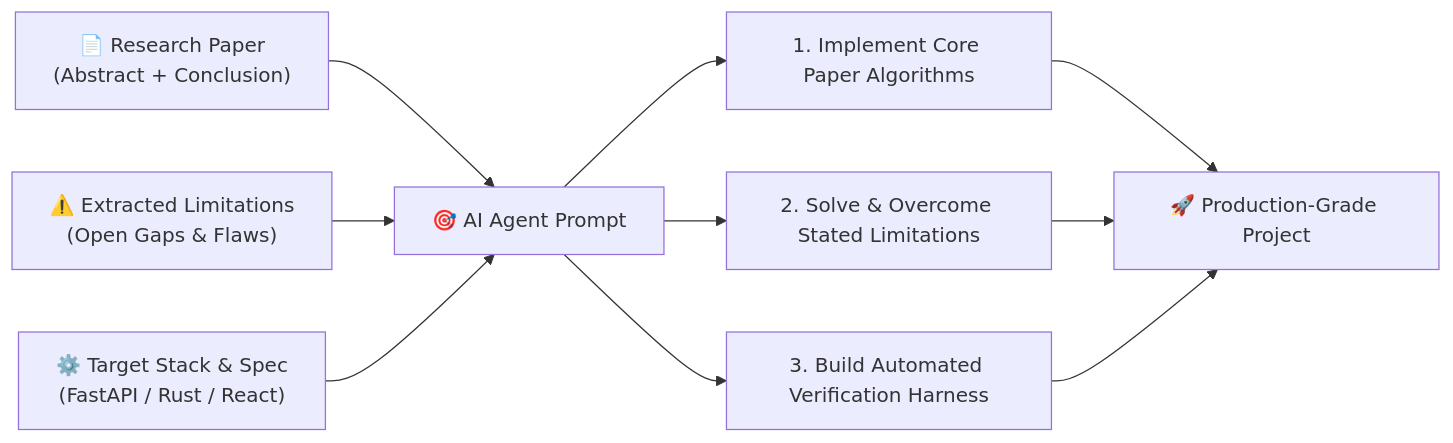
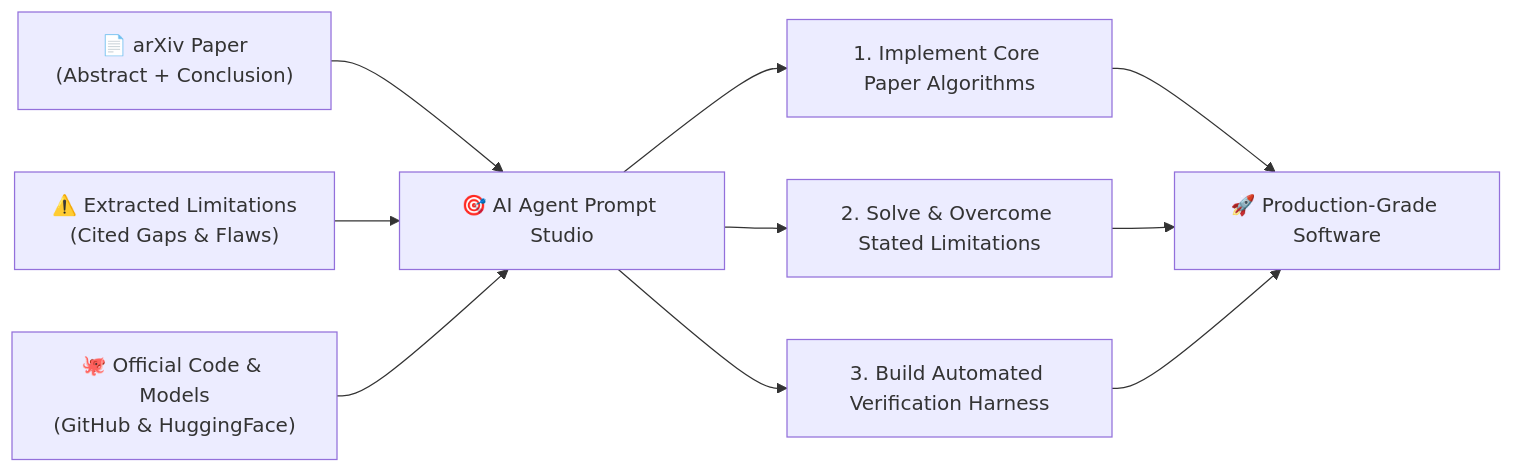
One commit to Ciatel-Arlanta/PaperForge changed the diagram in README.md. Above: the diagram before and after it, drawn with Mermaid. The commit also changed other lines of this file and 4 other files, not shown here.

````diff
--- a/README.md
+++ b/README.md
@@ -12,12 +25,12 @@
 ```mermaid
 flowchart LR
-    A["📄 Research Paper<br/>(Abstract + Conclusion)"] --> D["🎯 AI Agent Prompt"]
-    B["⚠️ Extracted Limitations<br/>(Open Gaps & Flaws)"] --> D
-    C["⚙️ Target Stack & Spec<br/>(FastAPI / Rust / React)"] --> D
+    A["📄 arXiv Paper<br/>(Abstract + Conclusion)"] --> D["🎯 AI Agent Prompt Studio"]
+    B["⚠️ Extracted Limitations<br/>(Cited Gaps & Flaws)"] --> D
+    C["🐙 Official Code & Models<br/>(GitHub & HuggingFace)"] --> D
     
     D --> E["1. Implement Core Paper Algorithms"]
     D --> F["2. Solve & Overcome Stated Limitations"]
     D --> G["3. Build Automated Verification Harness"]
     
-    E & F & G --> H["🚀 Production-Grade Project"]
+    E & F & G --> H["🚀 Production-Grade Software"]
 ```
````
